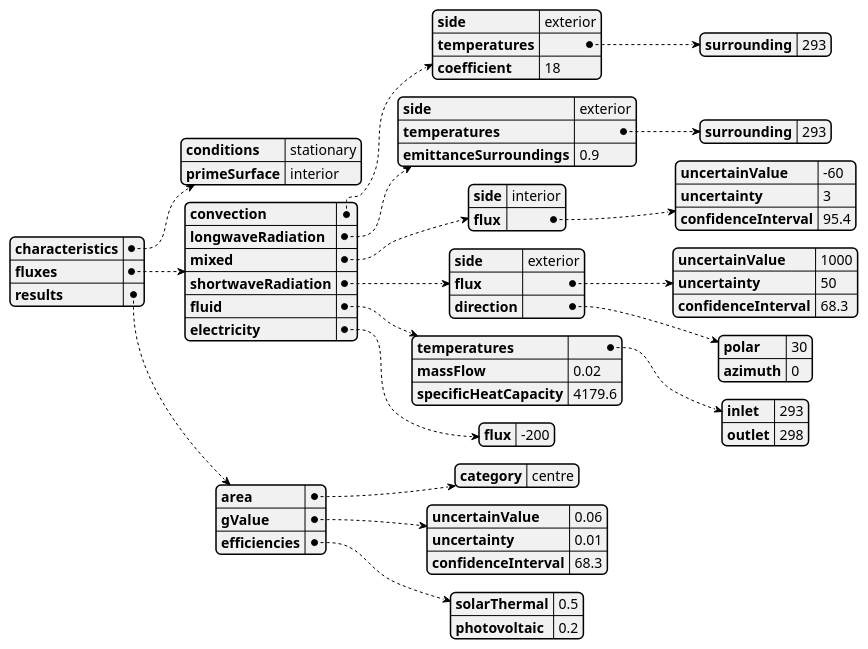
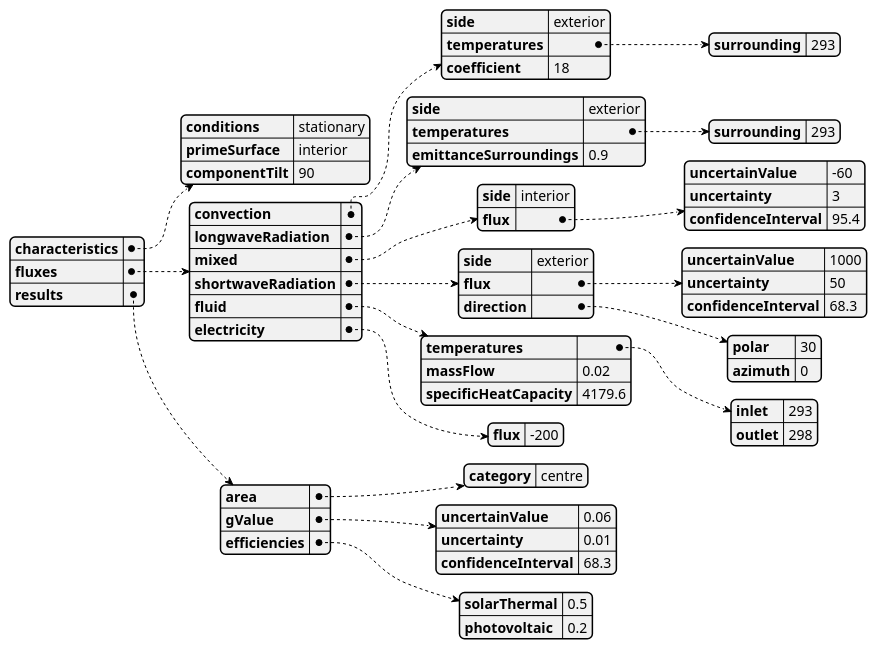
Before and after one commit to building-envelope-data/api: the diagram in docs/diagrams/src/calorimetricData/semiTransparentBuildingIntegratedPhotovoltaicThermal.plantuml, drawn with PlantUML. The commit also changed 11 other files, not shown here.

Commit message:
Add `componentTilt` angle to calorimetricData.json

```diff
--- a/docs/diagrams/src/calorimetricData/semiTransparentBuildingIntegratedPhotovoltaicThermal.plantuml
+++ b/docs/diagrams/src/calorimetricData/semiTransparentBuildingIntegratedPhotovoltaicThermal.plantuml
@@ -1,89 +1,90 @@
 @startjson semiTransparentBuildingIntegratedPhotovoltaicThermalCalorimetric
 {
   "characteristics": {
     "conditions": "stationary",
-    "primeSurface": "interior"
+    "primeSurface": "interior",
+    "componentTilt": 90
   }
   ,
   "fluxes": {
     "convection":
     {
       "side": "exterior",
       "temperatures": {
         "surrounding": 293
       }
       ,
       "coefficient": 18
     }
     ,
     "longwaveRadiation":
     {
       "side": "exterior",
       "temperatures": {
         "surrounding": 293
       }
       ,
       "emittanceSurroundings": 0.9
     }
     ,
     "mixed":
     {
       "side": "interior",
       "flux": {
         "uncertainValue": -60,
         "uncertainty": 3,
         "confidenceInterval": 95.4
       }
     }
     ,
     "shortwaveRadiation":
     {
       "side": "exterior",
       "flux": {
         "uncertainValue": 1000,
         "uncertainty": 50,
         "confidenceInterval": 68.3
       }
       ,
       "direction": {
         "polar": 30,
         "azimuth": 0
       }
     }
     ,
     "fluid":
     {
       "temperatures": {
         "inlet": 293,
         "outlet": 298
       }
       ,
       "massFlow": 0.02,
       "specificHeatCapacity": 4179.6
     }
     ,
     "electricity":
     {
       "flux": -200
     }
   }
   ,
   "results":
   {
     "area": {
       "category": "centre"
     }
     ,
     "gValue": {
       "uncertainValue": 0.06,
       "uncertainty": 0.01,
       "confidenceInterval": 68.3
     }
     ,
     "efficiencies": {
       "solarThermal": 0.5,
       "photovoltaic": 0.2
     }
   }
 }
 @endjson
```
